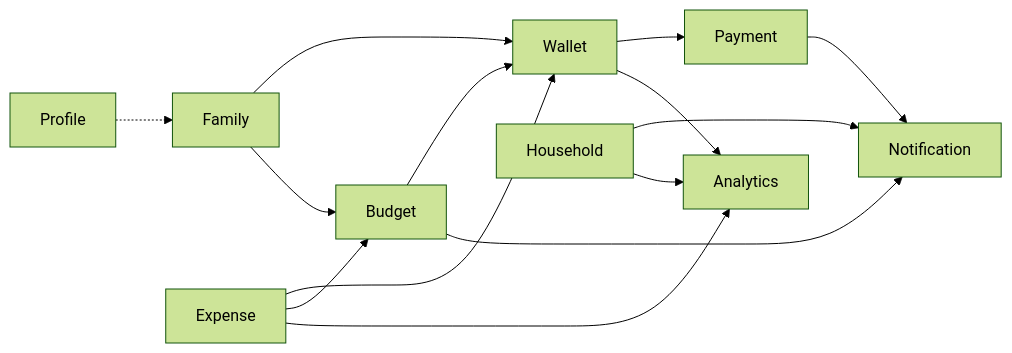
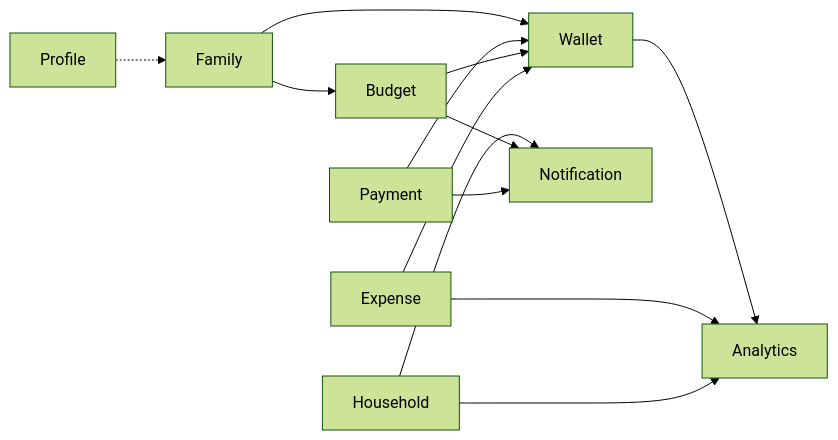
The third of 3 diagrams in docs/architecture/overview.md (HuuThanh1610/family-finance-platform), drawn with Mermaid (forest theme) before and after one commit. The commit also changed other lines of this file and 6 other files, not shown here.

First line of the commit message:
docs: reconcile stale architecture claims with verified source

````diff
--- a/docs/architecture/overview.md
+++ b/docs/architecture/overview.md
@@ -69,16 +77,15 @@
 ```mermaid
 flowchart LR
-  Profile[Profile] -.-> Family
+  Profile -.-> Family
   Family --> Wallet
   Family --> Budget
-  Wallet --> Payment
+  Payment --> Wallet
   Budget --> Wallet
   Expense --> Wallet
-  Expense --> Budget
   Household --> Notification
   Budget --> Notification
   Payment --> Notification
   Wallet --> Analytics
   Expense --> Analytics
   Household --> Analytics
 ```
````
